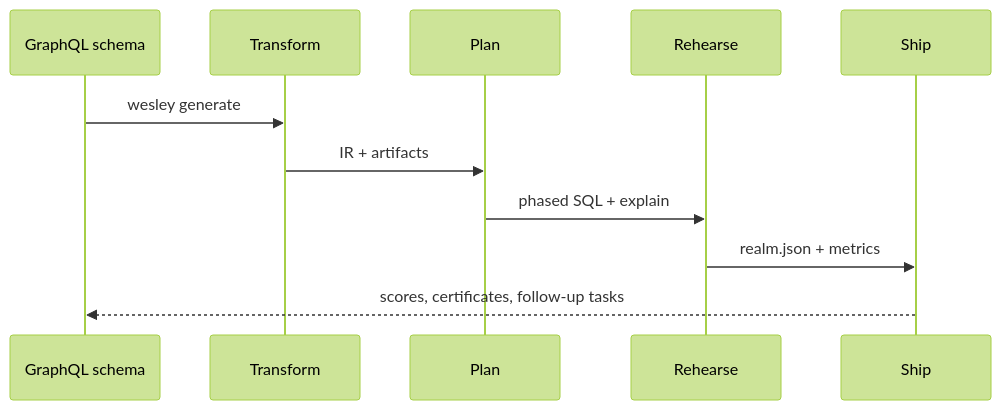
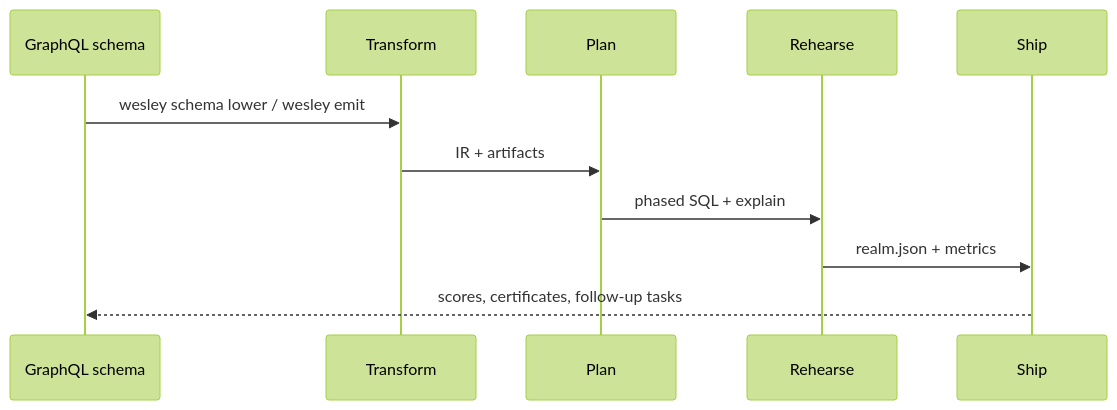
One commit to flyingrobots/wesley changed the diagram in docs/architecture/lifecycle.md. Above: the diagram before and after it, drawn with Mermaid (forest theme). The commit also changed other lines of this file and 364 other files, not shown here.

````diff
--- a/docs/architecture/lifecycle.md
+++ b/docs/architecture/lifecycle.md
@@ -16,14 +18,14 @@
 ```mermaid
 sequenceDiagram
     participant Git as GraphQL schema
     participant Transform
     participant Plan
     participant Rehearse
     participant Ship
 
-    Git->>Transform: wesley generate
+    Git->>Transform: wesley schema lower / wesley emit
     Transform->>Plan: IR + artifacts
     Plan->>Rehearse: phased SQL + explain
     Rehearse->>Ship: realm.json + metrics
     Ship-->>Git: scores, certificates, follow-up tasks
 ```
````
